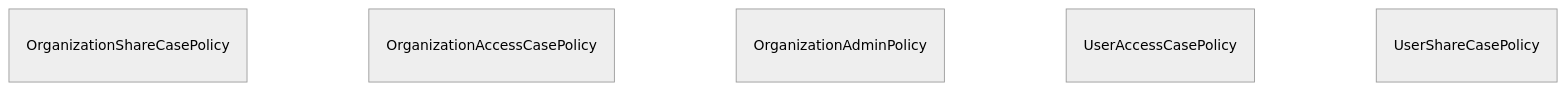
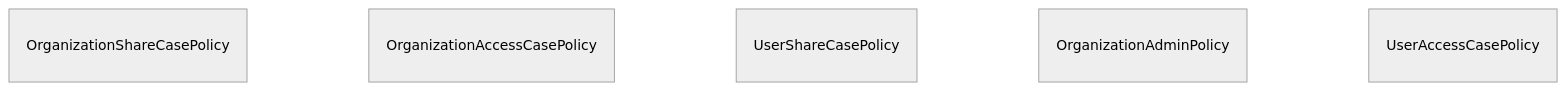
Before and after one commit to RIVM-bioinformatics/gen-epix-api: the diagram in docs/erm/casedb.abac.md, drawn with Mermaid (neutral theme). The commit also changed other lines of this file and 47 other files, not shown here.

````diff
--- a/docs/erm/casedb.abac.md
+++ b/docs/erm/casedb.abac.md
@@ -5,20 +5,20 @@
 ```mermaid
 erDiagram
     %% casedb / ABAC (simplified)
 
     OrganizationShareCasePolicy {
     }
 
     OrganizationAccessCasePolicy {
     }
 
+    UserShareCasePolicy {
+    }
+
     OrganizationAdminPolicy {
     }
 
     UserAccessCasePolicy {
     }
 
-    UserShareCasePolicy {
-    }
-
 ```
````
